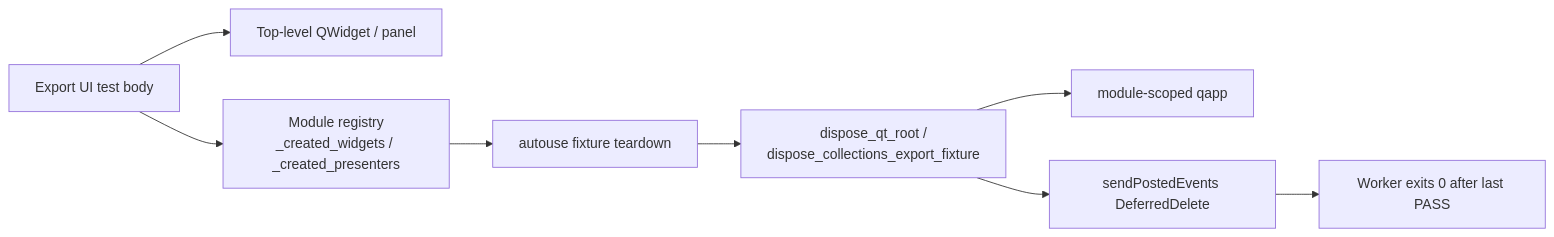
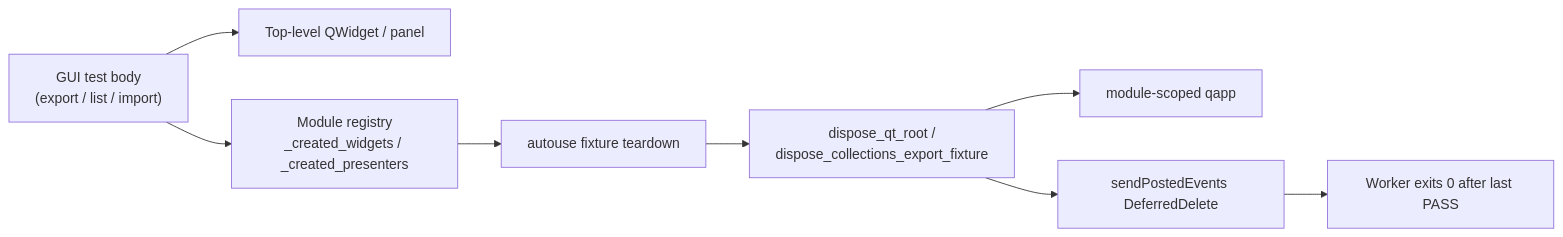
The diagram in doc/dev/export_ui_qt_dispose.md (koctep/pypost), drawn with Mermaid before and after one commit. The commit also changed other lines of this file and 9 other files, not shown here.

First line of the commit message:
fix(test): PYPOST-1358 dispose env list widget suite teardown

````diff
--- a/doc/dev/export_ui_qt_dispose.md
+++ b/doc/dev/export_ui_qt_dispose.md
@@ -42,10 +51,10 @@
 ```mermaid
 flowchart LR
-  Test["Export UI test body"] --> Root["Top-level QWidget / panel"]
+  Test["GUI test body\n(export / list / import)"] --> Root["Top-level QWidget / panel"]
   Test --> Registry["Module registry\n_created_widgets / _created_presenters"]
   Registry --> Autouse["autouse fixture teardown"]
   Autouse --> Dispose["dispose_qt_root /\ndispose_collections_export_fixture"]
   Dispose --> QApp["module-scoped qapp"]
   Dispose --> DD["sendPostedEvents DeferredDelete"]
   DD --> Exit["Worker exits 0 after last PASS"]
 ```
````
